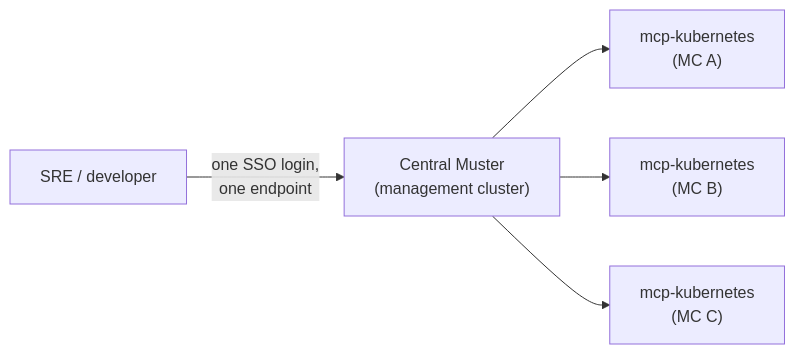
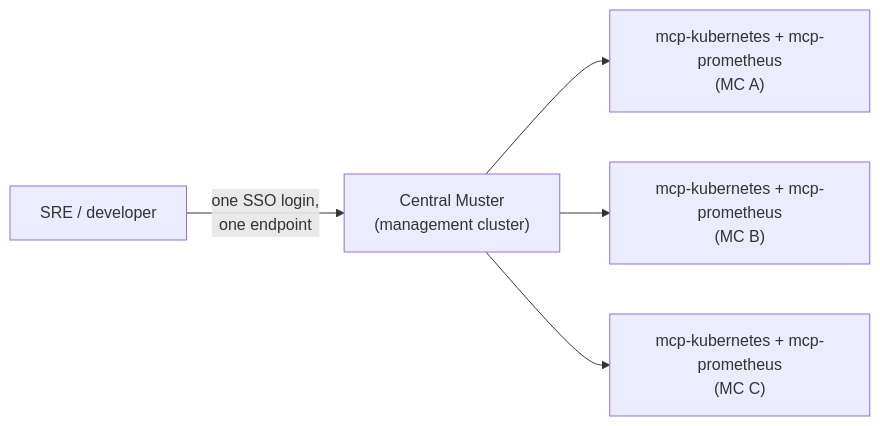
The second of 2 diagrams in src/content/overview/ai-agents/architecture/index.md (giantswarm/docs), drawn with Mermaid before and after one commit. The commit also changed other lines of this file and 3 other files, not shown here.

First line of the commit message:
docs(ai-agents): note mcp-prometheus runs per management cluster

```diff
--- a/src/content/overview/ai-agents/architecture/index.md
+++ b/src/content/overview/ai-agents/architecture/index.md
@@ -66,13 +66,13 @@
 {{< mermaid >}}
 flowchart LR
   user["SRE / developer"]
   central["Central Muster<br/>(management cluster)"]
-  mcpA["mcp-kubernetes<br/>(MC A)"]
-  mcpB["mcp-kubernetes<br/>(MC B)"]
-  mcpC["mcp-kubernetes<br/>(MC C)"]
+  mcpA["mcp-kubernetes + mcp-prometheus<br/>(MC A)"]
+  mcpB["mcp-kubernetes + mcp-prometheus<br/>(MC B)"]
+  mcpC["mcp-kubernetes + mcp-prometheus<br/>(MC C)"]
 
   user -- "one SSO login,<br/>one endpoint" --> central
   central --> mcpA
   central --> mcpB
   central --> mcpC
 {{< /mermaid >}}
```
